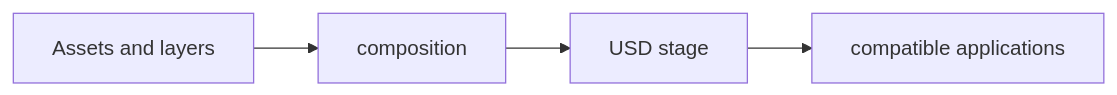
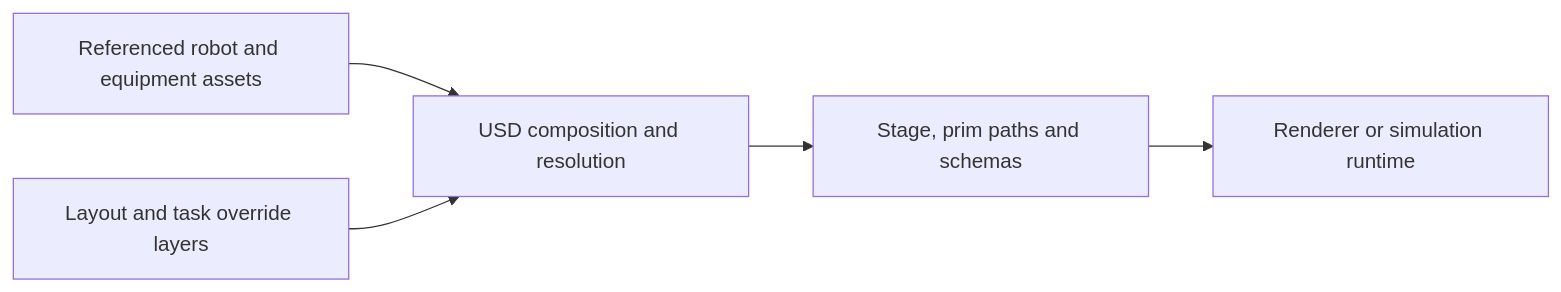
The diagram in docs/en/openusd.md (james-joobs/awesome-nvidia-physical-ai), drawn with Mermaid before and after one commit. The commit also changed other lines of this file and 187 other files, not shown here.

Commit message:
Expand bilingual guides with official architecture references

````diff
--- a/docs/en/openusd.md
+++ b/docs/en/openusd.md
@@ -15,4 +17,12 @@
 ```mermaid
 flowchart LR
-    A["Assets and layers"] --> B["composition"] --> C["USD stage"] --> D["compatible applications"]
+    assets["Referenced robot and equipment assets"]
+    layer["Layout and task override layers"]
+    comp["USD composition and resolution"]
+    stage["Stage, prim paths and schemas"]
+    app["Renderer or simulation runtime"]
+    assets --> comp
+    layer --> comp
+    comp --> stage
+    stage --> app
 ```
````
